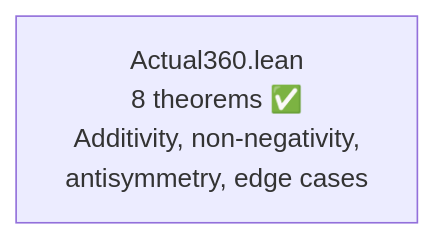
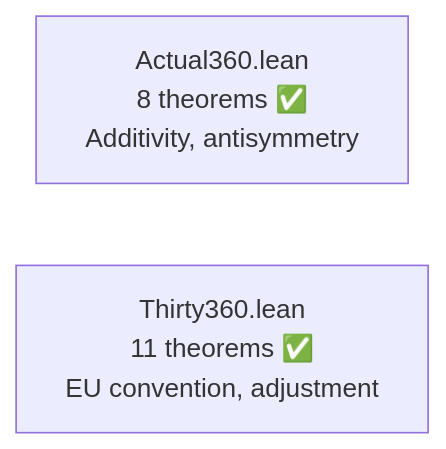
The second of 11 diagrams in formal-verification/REPORT.md (dsyme/QuantLib), drawn with Mermaid before and after one commit. The commit also changed other lines of this file, not shown here.

First line of the commit message:
feat(fv): update project report to 87 proved theorems across 7 targets

````diff
--- a/formal-verification/REPORT.md
+++ b/formal-verification/REPORT.md
@@ -48,4 +54,5 @@
 ```mermaid
 graph LR
-    F1["Actual360.lean<br/>8 theorems ✅<br/>Additivity, non-negativity,<br/>antisymmetry, edge cases"]
+    F1["Actual360.lean<br/>8 theorems ✅<br/>Additivity, antisymmetry"]
+    F4["Thirty360.lean<br/>11 theorems ✅<br/>EU convention, adjustment"]
 ```
````
